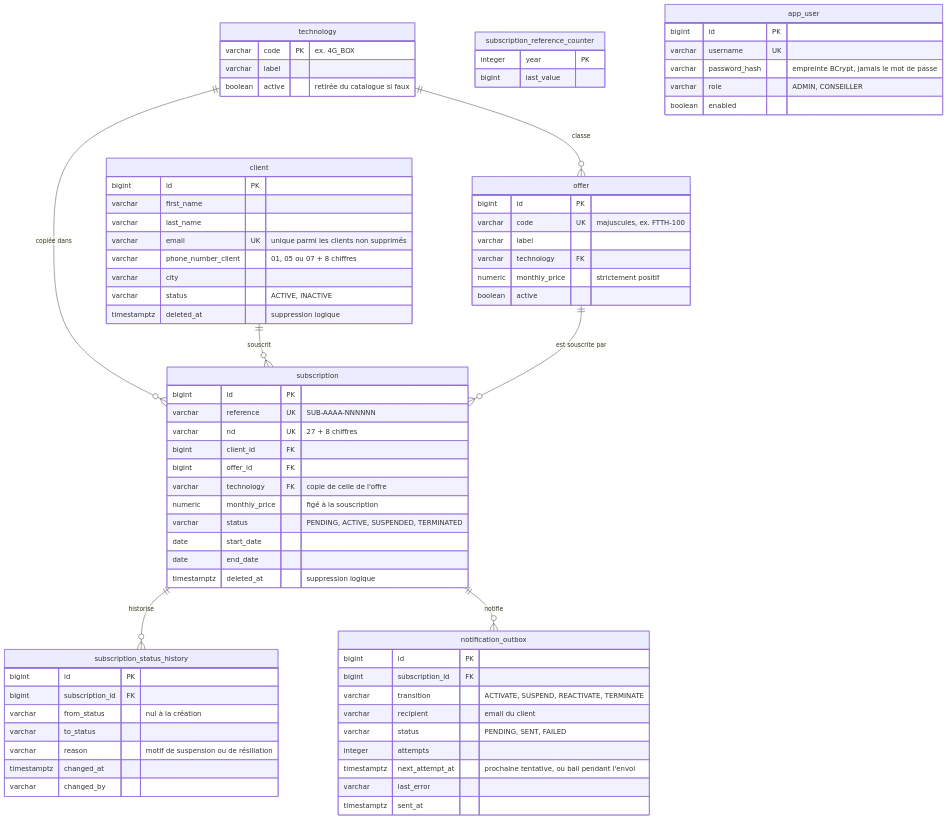
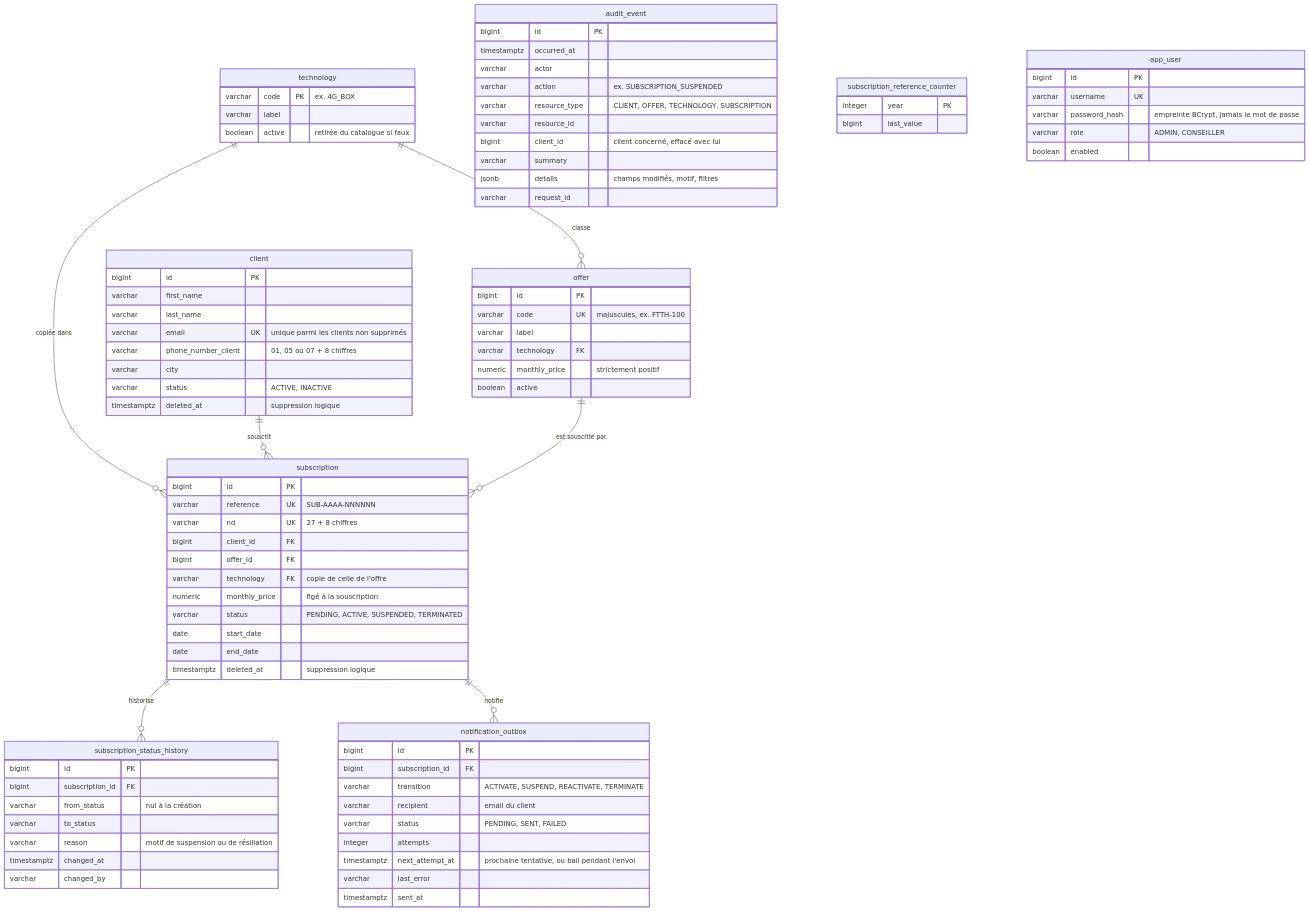
One commit to Ultimatu/subscription-test-api changed the diagram in docs/base-de-donnees.md. Above: the diagram before and after it, drawn with Mermaid. The commit also changed other lines of this file and 36 other files, not shown here.

First line of the commit message:
feat: keep an audit journal of every business action

```diff
--- a/docs/base-de-donnees.md
+++ b/docs/base-de-donnees.md
@@ -69,6 +69,18 @@
         varchar last_error
         timestamptz sent_at
     }
+    audit_event {
+        bigint id PK
+        timestamptz occurred_at
+        varchar actor
+        varchar action "ex. SUBSCRIPTION_SUSPENDED"
+        varchar resource_type "CLIENT, OFFER, TECHNOLOGY, SUBSCRIPTION"
+        varchar resource_id
+        bigint client_id "client concerné, effacé avec lui"
+        varchar summary
+        jsonb details "champs modifiés, motif, filtres"
+        varchar request_id
+    }
     subscription_reference_counter {
         integer year PK
         bigint last_value
```
